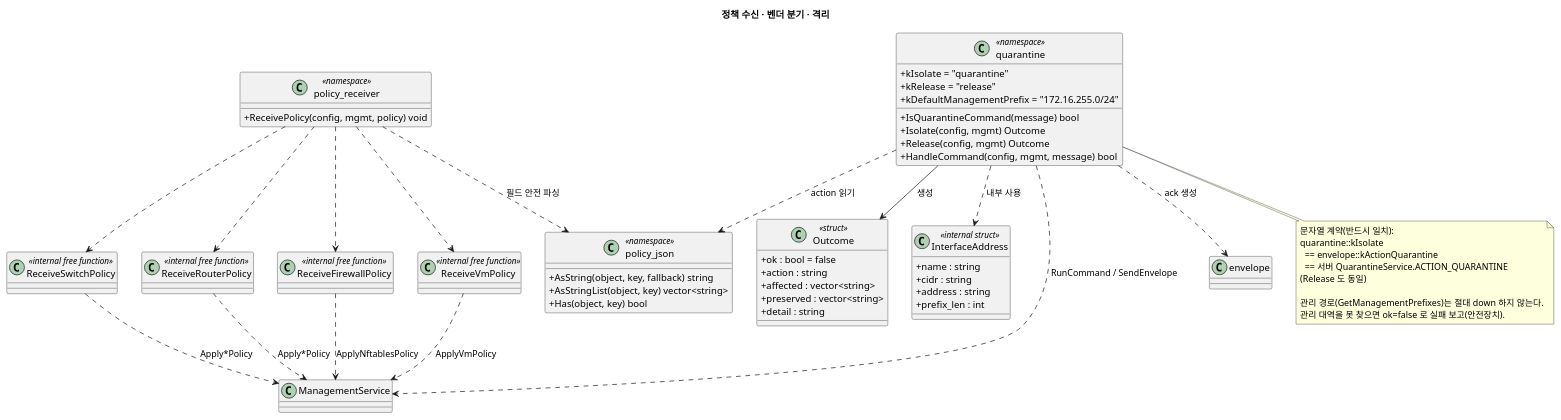
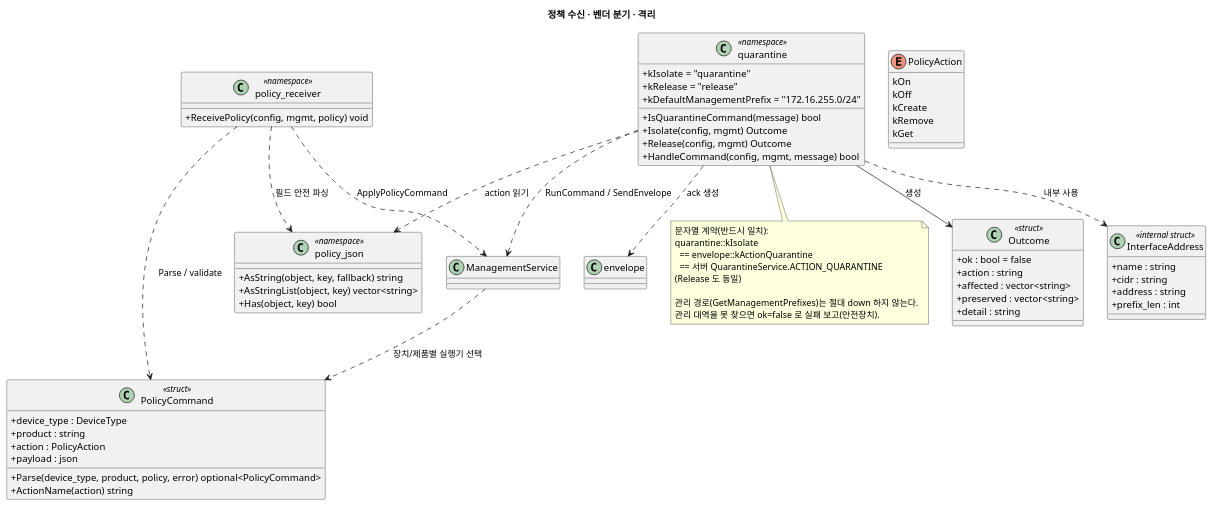
The fifth of 8 diagrams in AGENT_CLASS_DIAGRAM.md (wayfarer6/SonarValidator), drawn with PlantUML before and after one commit. The commit also changed other lines of this file and 85 other files, not shown here.

````diff
--- a/AGENT_CLASS_DIAGRAM.md
+++ b/AGENT_CLASS_DIAGRAM.md
@@ -515,75 +538,82 @@
 ```plantuml
 @startuml Agent_Policy
 title 정책 수신 · 벤더 분기 · 격리
 
 skinparam classAttributeIconSize 0
 skinparam shadowing false
 
 class policy_receiver <<namespace>> {
   + ReceivePolicy(config, mgmt, policy) void
 }
 
-class ReceiveSwitchPolicy <<internal free function>>
-class ReceiveRouterPolicy <<internal free function>>
-class ReceiveFirewallPolicy <<internal free function>>
-class ReceiveVmPolicy <<internal free function>>
+class PolicyCommand <<struct>> {
+  + device_type : DeviceType
+  + product : string
+  + action : PolicyAction
+  + payload : json
+  + Parse(device_type, product, policy, error) optional<PolicyCommand>
+  + ActionName(action) string
+}
+
+enum PolicyAction {
+  kOn
+  kOff
+  kCreate
+  kRemove
+  kGet
+}
 
 class quarantine <<namespace>> {
   + kIsolate = "quarantine"
   + kRelease = "release"
   + kDefaultManagementPrefix = "172.16.255.0/24"
   + IsQuarantineCommand(message) bool
   + Isolate(config, mgmt) Outcome
   + Release(config, mgmt) Outcome
   + HandleCommand(config, mgmt, message) bool
 }
 
 class Outcome <<struct>> {
   + ok : bool = false
   + action : string
   + affected : vector<string>
   + preserved : vector<string>
   + detail : string
 }
 
 class InterfaceAddress <<internal struct>> {
   + name : string
   + cidr : string
   + address : string
   + prefix_len : int
 }
 
 class policy_json <<namespace>> {
   + AsString(object, key, fallback) string
   + AsStringList(object, key) vector<string>
   + Has(object, key) bool
 }
 
-policy_receiver ..> ReceiveSwitchPolicy
-policy_receiver ..> ReceiveRouterPolicy
-policy_receiver ..> ReceiveFirewallPolicy
-policy_receiver ..> ReceiveVmPolicy
-ReceiveSwitchPolicy ..> ManagementService : Apply*Policy
-ReceiveRouterPolicy ..> ManagementService : Apply*Policy
-ReceiveFirewallPolicy ..> ManagementService : ApplyNftablesPolicy
-ReceiveVmPolicy ..> ManagementService : ApplyVmPolicy
+policy_receiver ..> PolicyCommand : Parse / validate
+policy_receiver ..> ManagementService : ApplyPolicyCommand
+ManagementService ..> PolicyCommand : 장치/제품별 실행기 선택
 
 policy_receiver ..> policy_json : 필드 안전 파싱
 quarantine --> Outcome : 생성
 quarantine ..> InterfaceAddress : 내부 사용
 quarantine ..> policy_json : action 읽기
 quarantine ..> ManagementService : RunCommand / SendEnvelope
 quarantine ..> envelope : ack 생성
 
 note bottom of quarantine
   문자열 계약(반드시 일치):
   quarantine::kIsolate
     == envelope::kActionQuarantine
     == 서버 QuarantineService.ACTION_QUARANTINE
   (Release 도 동일)
 
   관리 경로(GetManagementPrefixes)는 절대 down 하지 않는다.
   관리 대역을 못 찾으면 ok=false 로 실패 보고(안전장치).
 end note
 @enduml
 ```
````
